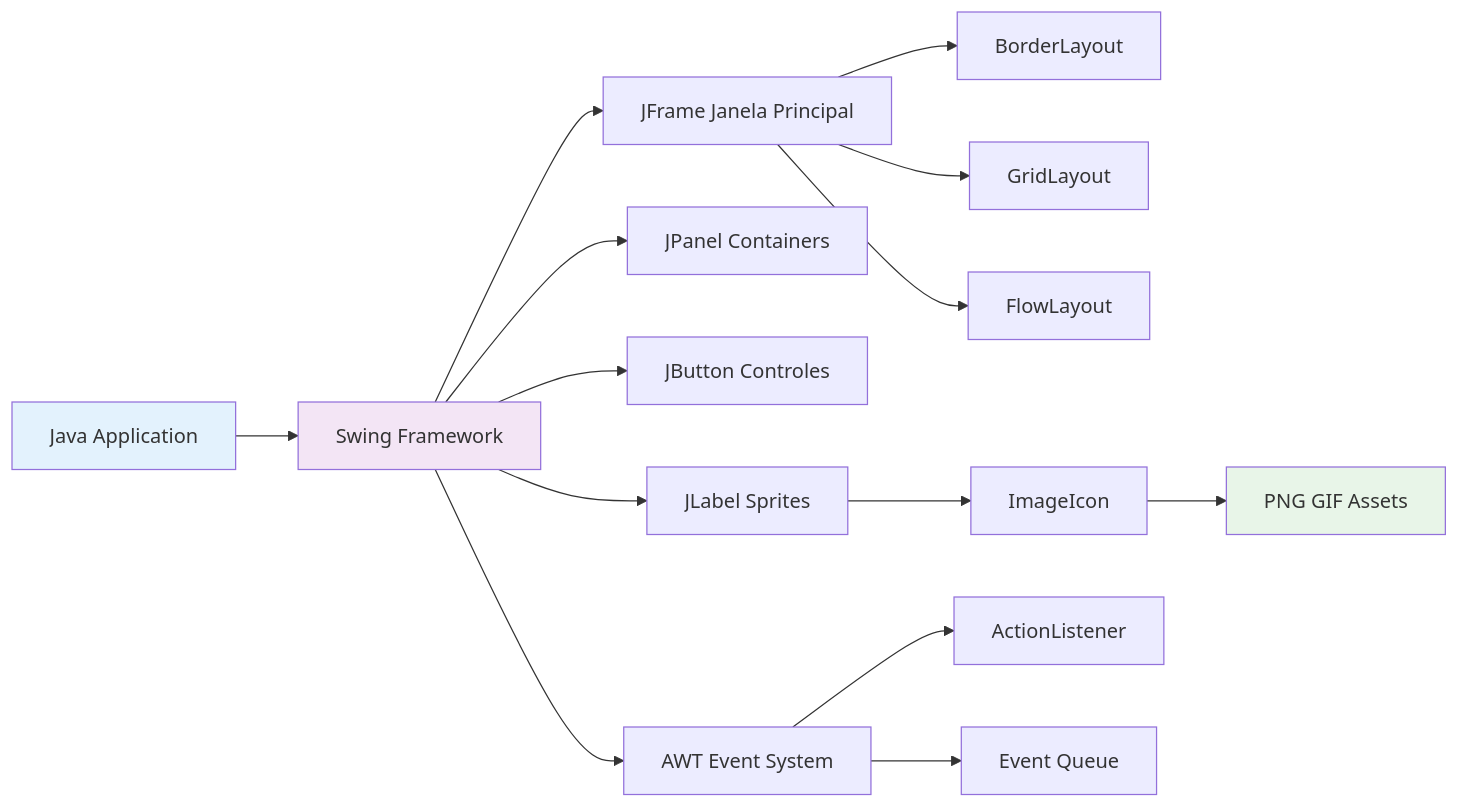
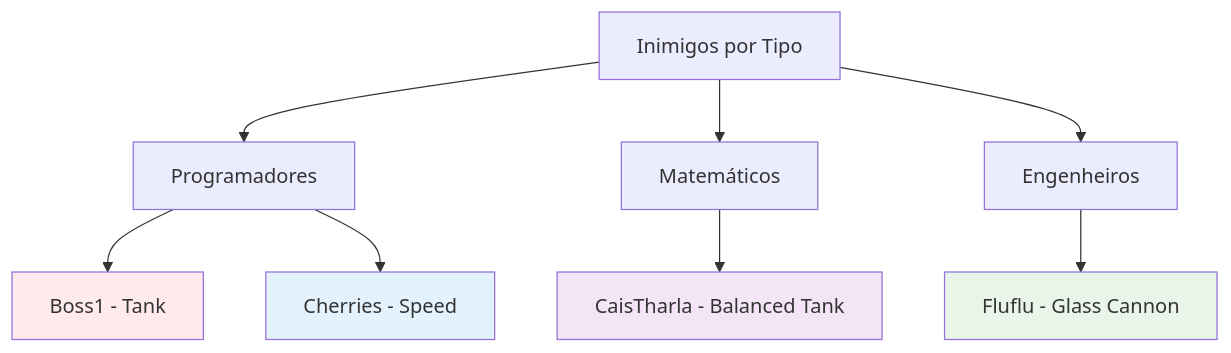
The sixth of 9 diagrams in RELATORIO_TECNICO.md (00davidsarago00/Profemon), drawn with Mermaid before and after one commit. The commit also changed other lines of this file and 3 other files, not shown here.

````diff
--- a/RELATORIO_TECNICO.md
+++ b/RELATORIO_TECNICO.md
@@ -278,23 +353,18 @@
 ```mermaid
-graph LR
-    A[Java Application] --> B[Swing Framework]
-    B --> C[JFrame Janela Principal]
-    B --> D[JPanel Containers]
-    B --> E[JButton Controles]
-    B --> F[JLabel Sprites]
+graph TD
+    A[Inimigos por Tipo] --> B[Programadores]
+    A --> C[Matemáticos]
+    A --> D[Engenheiros]
     
-    C --> G[BorderLayout]
-    C --> H[GridLayout]
-    C --> I[FlowLayout]
+    B --> E[Boss1 - Tank]
+    B --> F[Cherries - Speed]
     
-    F --> J[ImageIcon]
-    J --> K[PNG GIF Assets]
+    C --> G[CaisTharla - Balanced Tank]
     
-    B --> L[AWT Event System]
-    L --> M[ActionListener]
-    L --> N[Event Queue]
+    D --> H[Fluflu - Glass Cannon]
     
-    style A fill:#e3f2fd
-    style B fill:#f3e5f5
-    style K fill:#e8f5e8
+    style E fill:#ffebee
+    style F fill:#e3f2fd
+    style G fill:#f3e5f5
+    style H fill:#e8f5e8
 ```
````
